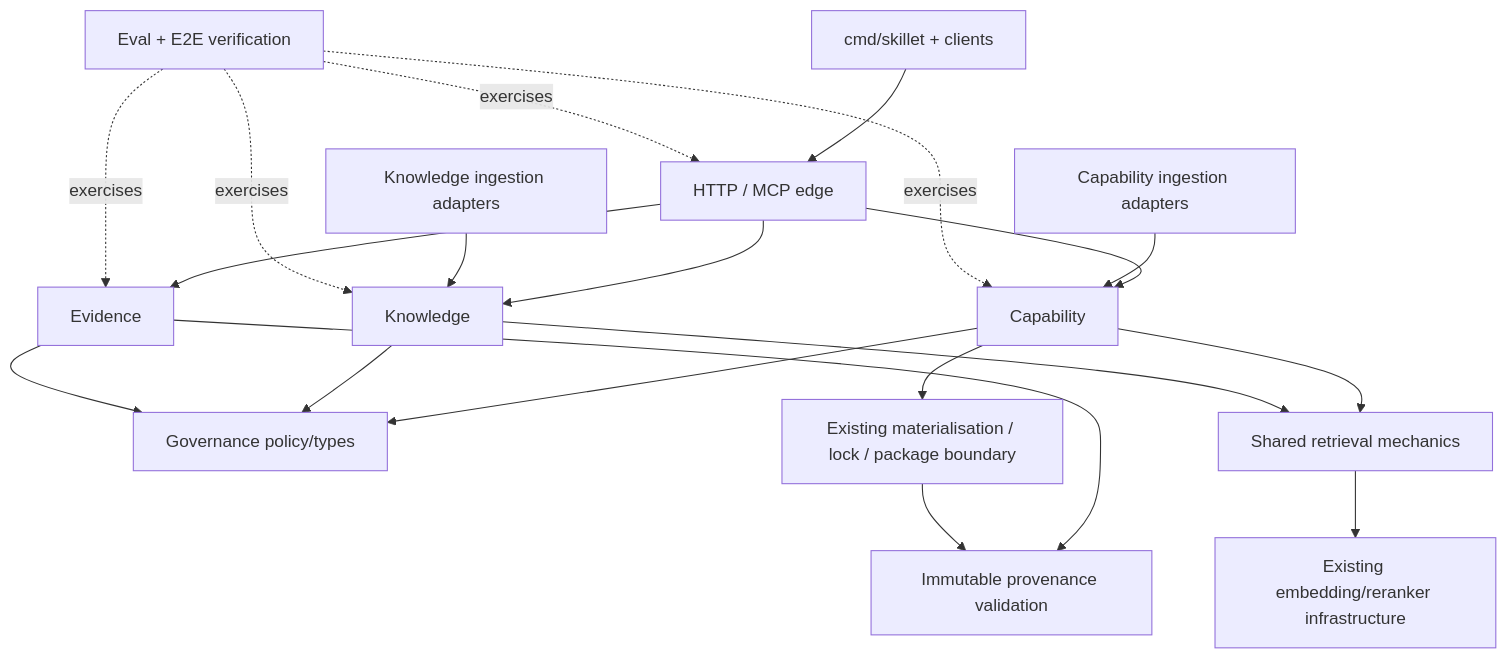
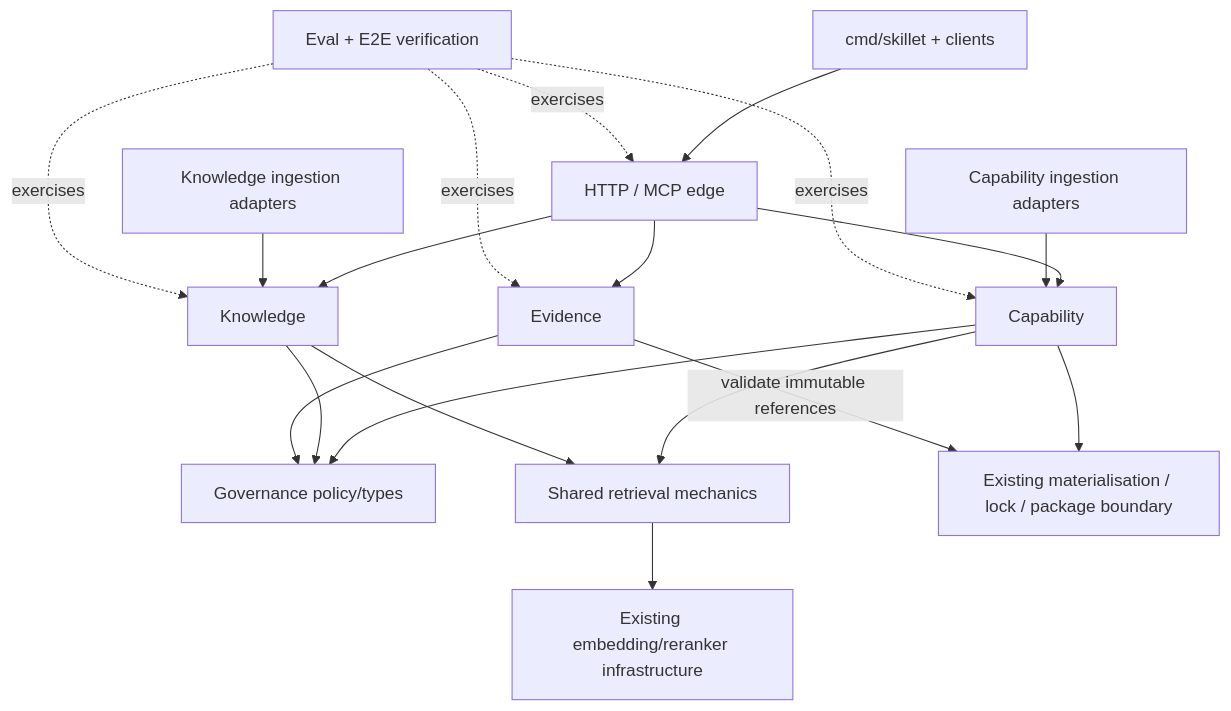
Before and after one commit to mhingston/skillet: the diagram in docs/adr/ADR-013-vnext-domain-and-module-boundaries.md, drawn with Mermaid. The commit also changed other lines of this file, not shown here.

Commit message:
docs: clarify vNext dependency ownership

````diff
--- a/docs/adr/ADR-013-vnext-domain-and-module-boundaries.md
+++ b/docs/adr/ADR-013-vnext-domain-and-module-boundaries.md
@@ -86,29 +86,28 @@
 ```mermaid
 flowchart TD
     CLI[cmd/skillet + clients] --> EDGE[HTTP / MCP edge]
 
     EDGE --> CAP[Capability]
     EDGE --> KNOW[Knowledge]
     EDGE --> EVID[Evidence]
 
     CAP --> GOV[Governance policy/types]
     KNOW --> GOV
     EVID --> GOV
 
     CAP --> RET[Shared retrieval mechanics]
     KNOW --> RET
 
     CAP --> MAT[Existing materialisation / lock / package boundary]
-    EVID --> PROV[Immutable provenance validation]
-    MAT --> PROV
+    EVID -->|validate immutable references| MAT
 
     CAPING[Capability ingestion adapters] --> CAP
     KNOWING[Knowledge ingestion adapters] --> KNOW
 
     RET --> EMB[Existing embedding/reranker infrastructure]
 
     VERIFY[Eval + E2E verification] -. exercises .-> EDGE
     VERIFY -. exercises .-> CAP
     VERIFY -. exercises .-> KNOW
     VERIFY -. exercises .-> EVID
 ```
````
